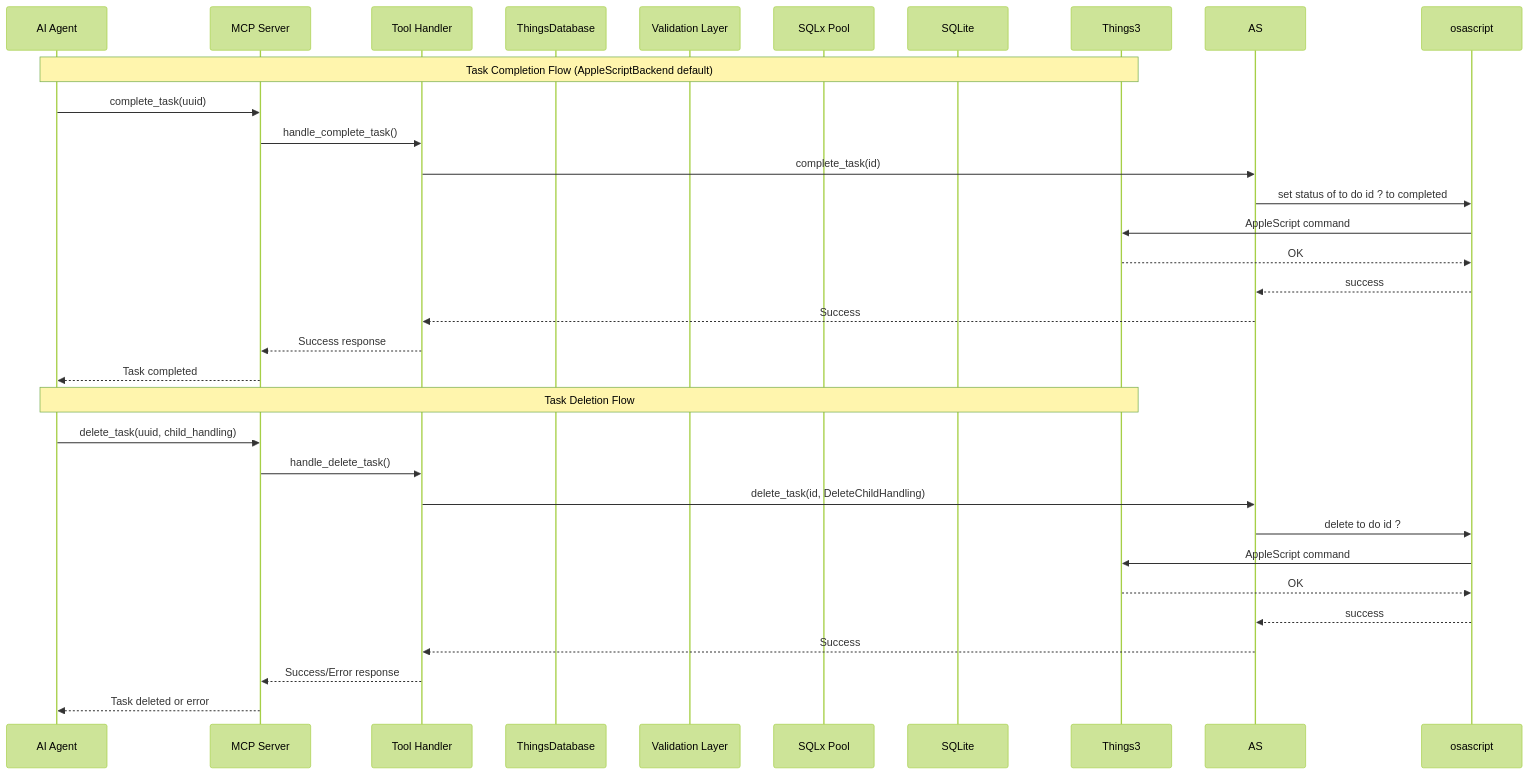
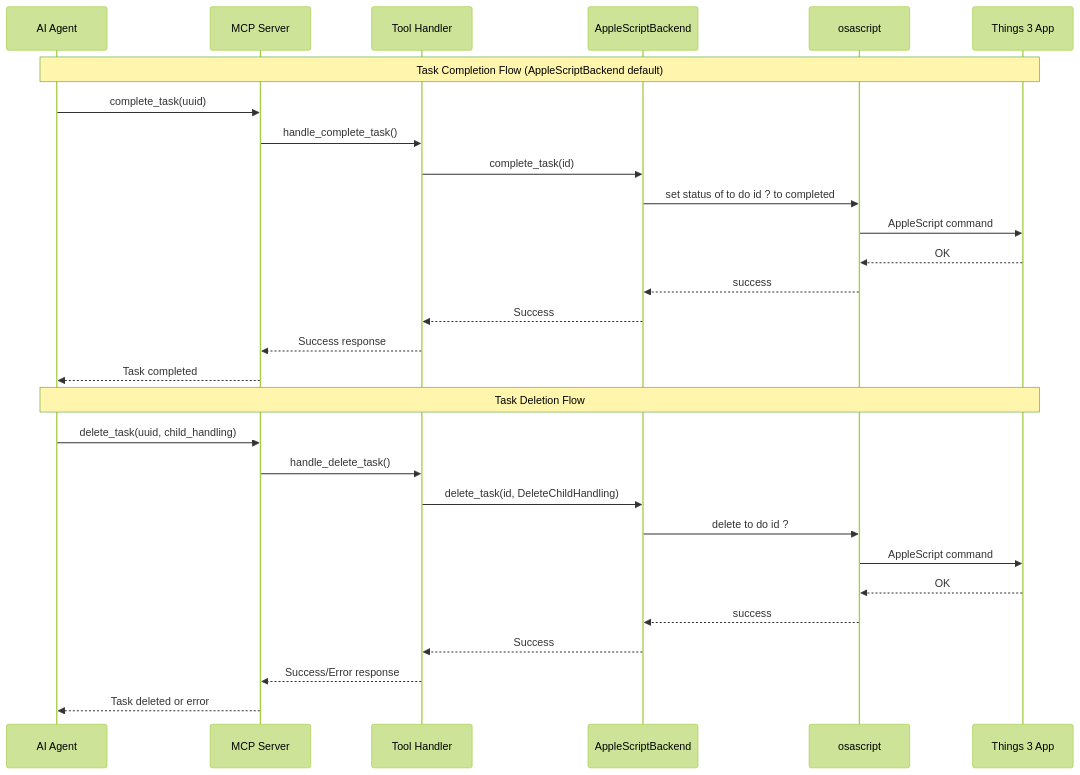
Before and after one commit to GarthDB/rust-things: the seventh of 8 diagrams in docs/ARCHITECTURE.md, drawn with Mermaid (forest theme). The commit also changed 4 other files, not shown here.

````diff
--- a/docs/ARCHITECTURE.md
+++ b/docs/ARCHITECTURE.md
@@ -197,34 +197,33 @@
 ```mermaid
 sequenceDiagram
     participant AI as AI Agent
     participant MCP as MCP Server
     participant Handler as Tool Handler
-    participant DB as ThingsDatabase
-    participant Validator as Validation Layer
-    participant SQLx as SQLx Pool
-    participant SQLite
+    participant AS as AppleScriptBackend
+    participant osascript
+    participant Things3 as Things 3 App
     
     Note over AI,Things3: Task Completion Flow (AppleScriptBackend default)
     AI->>MCP: complete_task(uuid)
     MCP->>Handler: handle_complete_task()
     Handler->>AS: complete_task(id)
     AS->>osascript: set status of to do id ? to completed
     osascript->>Things3: AppleScript command
     Things3-->>osascript: OK
     osascript-->>AS: success
     AS-->>Handler: Success
     Handler-->>MCP: Success response
     MCP-->>AI: Task completed
     
     Note over AI,Things3: Task Deletion Flow
     AI->>MCP: delete_task(uuid, child_handling)
     MCP->>Handler: handle_delete_task()
     Handler->>AS: delete_task(id, DeleteChildHandling)
     AS->>osascript: delete to do id ?
     osascript->>Things3: AppleScript command
     Things3-->>osascript: OK
     osascript-->>AS: success
     AS-->>Handler: Success
     Handler-->>MCP: Success/Error response
     MCP-->>AI: Task deleted or error
 ```
````
